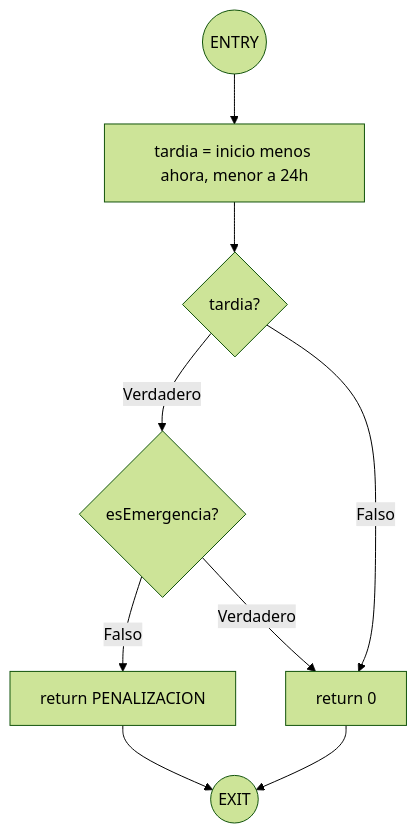
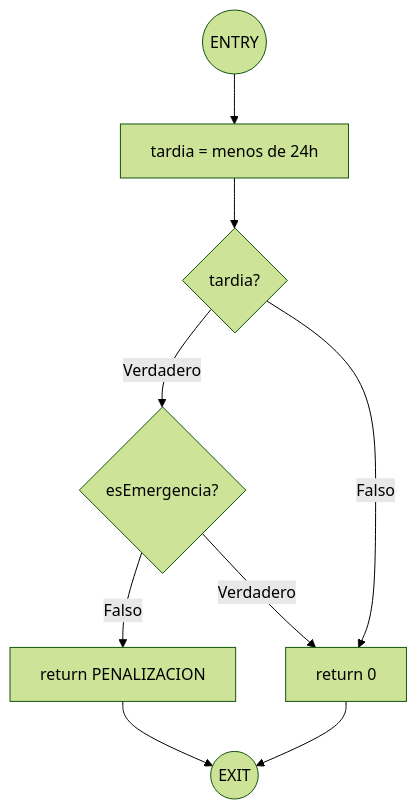
Before and after one commit to DanielSozoranga/auditoria_ia_mccabe: the diagram in docs/cfg_penalizacion.md, drawn with Mermaid (forest theme). The commit also changed other lines of this file and 66 other files, not shown here.

````diff
--- a/docs/cfg_penalizacion.md
+++ b/docs/cfg_penalizacion.md
@@ -19,15 +19,15 @@
 ```mermaid
 flowchart TD
     %% entrada de la funcion
-    ENTRY((ENTRY)) --> N1["tardia = inicio menos ahora, menor a 24h"]
+    ENTRY((ENTRY)) --> N1["tardia = menos de 24h"]
     %% primera decision
     N1 --> P1{"tardia?"}
     P1 -->|Verdadero| P2{"esEmergencia?"}
     P1 -->|Falso| R2["return 0"]
     %% segunda decision
     P2 -->|Falso| R1["return PENALIZACION"]
     P2 -->|Verdadero| R2
     %% salida de la funcion
     R1 --> EXIT((EXIT))
     R2 --> EXIT
 ```
````
